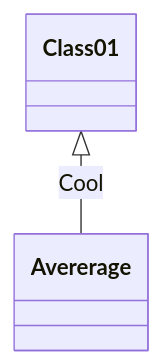
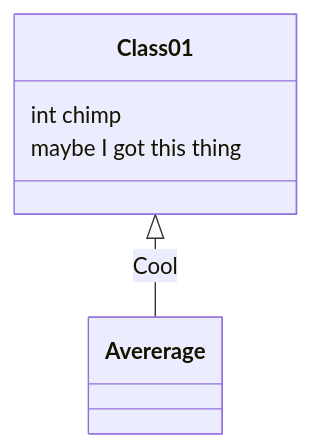
One commit to Marcus-Snell/Test changed the diagram in mermaid.md. Above: the diagram before and after it, drawn with Mermaid.

````diff
--- a/mermaid.md
+++ b/mermaid.md
@@ -1,5 +1,6 @@
 ```mermaid
 classDiagram
 Class01 <|-- Avererage : Cool
-
+Class01 : int chimp
+Class01 : maybe I got this thing
 ```
````
